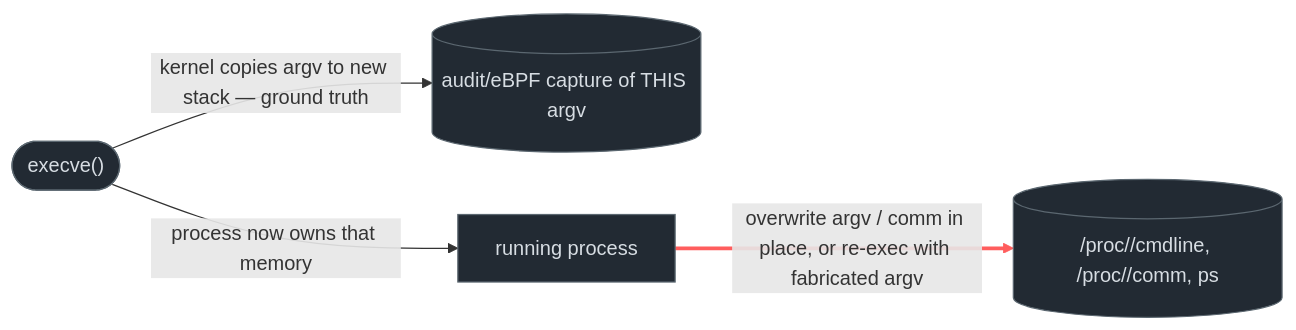
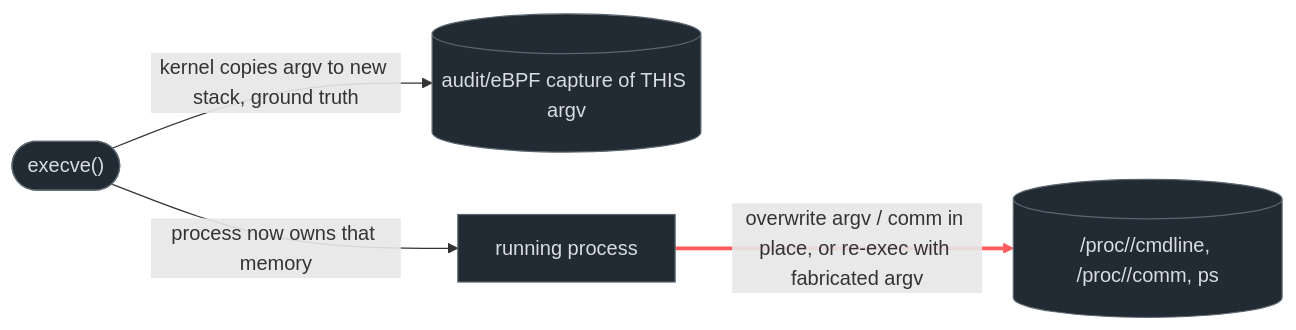
One commit to iimp0ster/os-internals-de-guide changed the diagram in src/defense-evasion/01-process-argument-masquerading.md. Above: the diagram before and after it, drawn with Mermaid. The commit also changed other lines of this file and 53 other files, not shown here.

````diff
--- a/src/defense-evasion/01-process-argument-masquerading.md
+++ b/src/defense-evasion/01-process-argument-masquerading.md
@@ -56,8 +42,8 @@
 ```mermaid
 flowchart LR
-    E(["execve()"]):::ent -->|"kernel copies argv to new stack — ground truth"| K[("audit/eBPF capture of THIS argv")]:::ent
+    E(["execve()"]):::ent -->|"kernel copies argv to new stack, ground truth"| K[("audit/eBPF capture of THIS argv")]:::ent
     E -->|"process now owns that memory"| P["running process"]:::ent
     P -->|"overwrite argv / comm in place, or re-exec with fabricated argv"| SPOOF[("/proc/<pid>/cmdline, /proc/<pid>/comm, ps")]:::ent
     classDef ent fill:#222a33,stroke:#5b6770,color:#d7dde3;
     linkStyle 2 stroke:#ff5d5d,stroke-width:3px;
 ```
````
